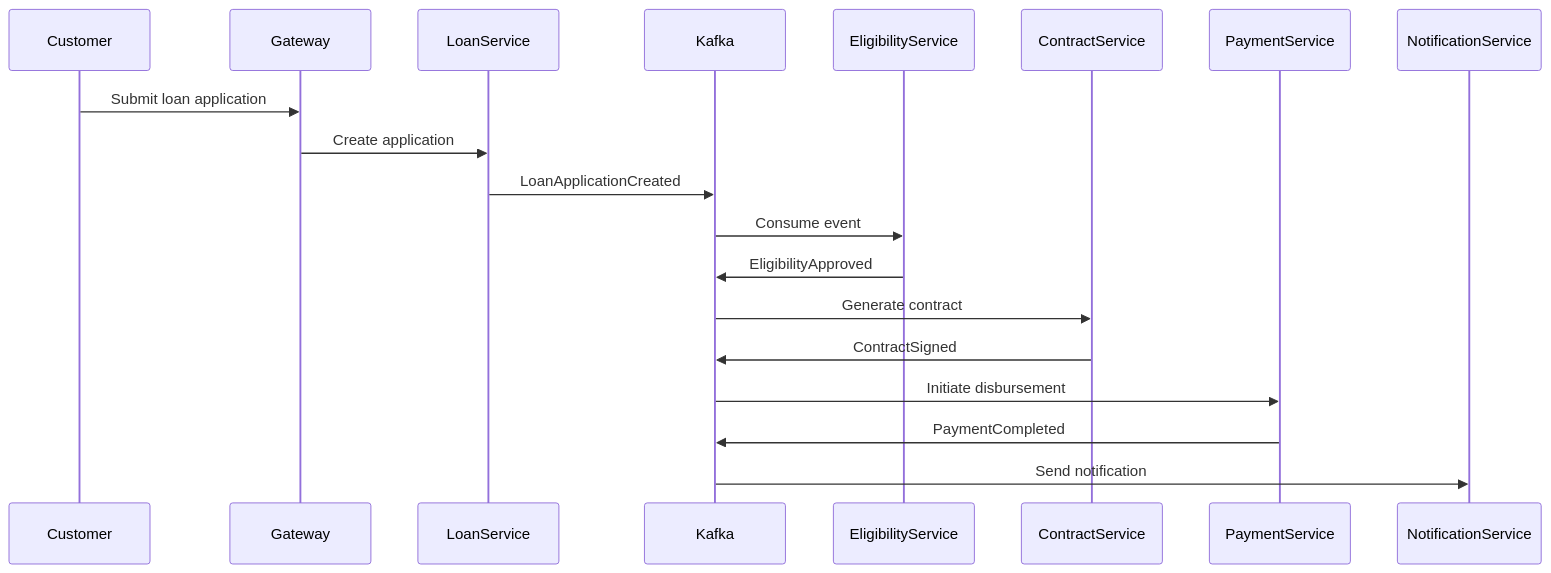
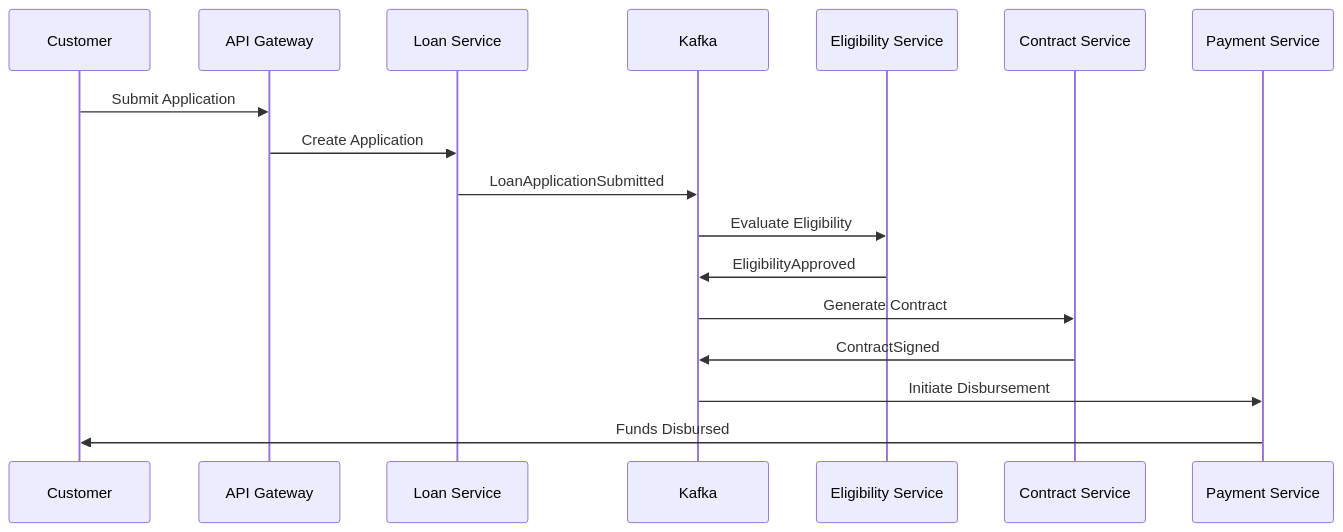
One commit to mohammadadil-dev/fintech-microservices-architecture changed the second of 3 diagrams in README.md. Above: the diagram before and after it, drawn with Mermaid. The commit also changed other lines of this file, not shown here.

````diff
--- a/README.md
+++ b/README.md
@@ -69,22 +103,20 @@
 ```mermaid
 sequenceDiagram
-    participant Customer
-    participant Gateway
-    participant LoanService
-    participant Kafka
-    participant EligibilityService
-    participant ContractService
-    participant PaymentService
-    participant NotificationService
 
-    Customer->>Gateway: Submit loan application
-    Gateway->>LoanService: Create application
-    LoanService->>Kafka: LoanApplicationCreated
-    Kafka->>EligibilityService: Consume event
-    EligibilityService->>Kafka: EligibilityApproved
-    Kafka->>ContractService: Generate contract
-    ContractService->>Kafka: ContractSigned
-    Kafka->>PaymentService: Initiate disbursement
-    PaymentService->>Kafka: PaymentCompleted
-    Kafka->>NotificationService: Send notification
+Customer->>API Gateway: Submit Application
+API Gateway->>Loan Service: Create Application
+
+Loan Service->>Kafka: LoanApplicationSubmitted
+
+Kafka->>Eligibility Service: Evaluate Eligibility
+
+Eligibility Service->>Kafka: EligibilityApproved
+
+Kafka->>Contract Service: Generate Contract
+
+Contract Service->>Kafka: ContractSigned
+
+Kafka->>Payment Service: Initiate Disbursement
+
+Payment Service->>Customer: Funds Disbursed
 ```
````
